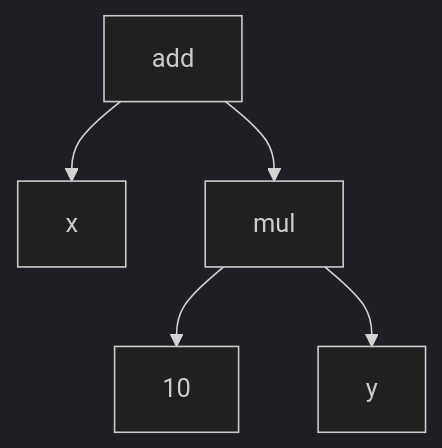
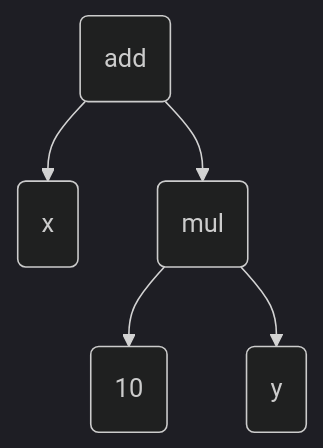
One commit to pengvyn/kavpix-code changed the first of 35 diagrams in src/essays/number-tree/essay.md. Above: the diagram before and after it, drawn with Mermaid (dark theme). The commit also changed other lines of this file and 1 other file, not shown here.

````diff
--- a/src/essays/number-tree/essay.md
+++ b/src/essays/number-tree/essay.md
@@ -13,7 +13,7 @@
 ```mermaid
     graph TD;
-        add --> x;
-        add --> mul;
-        mul --> 10;
-        mul --> y;
+        add(add) --> x(x);
+        add --> mul(mul);
+        mul --> 10(10);
+        mul --> y(y);
 ```
````
